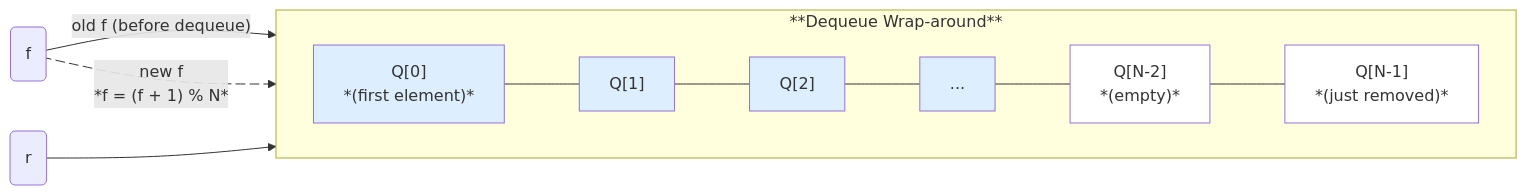
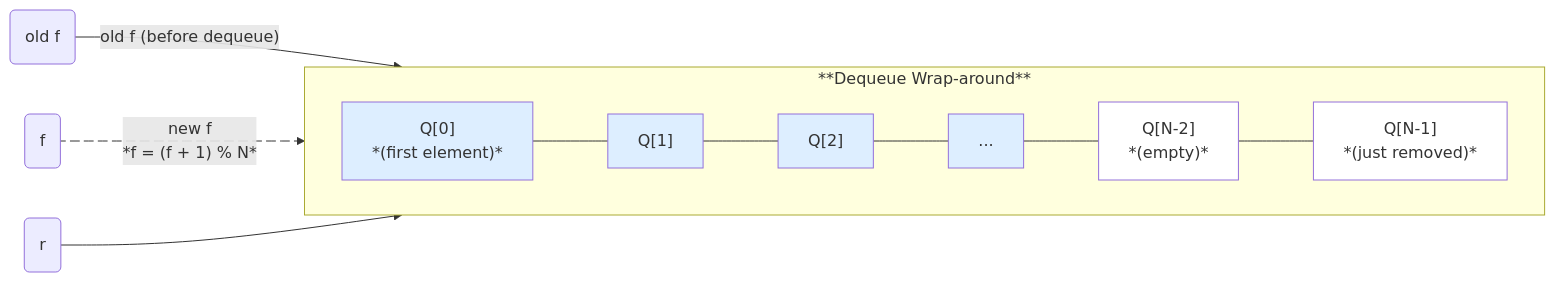
One commit to ruslylove/datastruct changed the fifth of 10 diagrams in lectures/lect-6-Queues.md. Above: the diagram before and after it, drawn with Mermaid. The commit also changed other lines of this file and 2 other files, not shown here.

Commit message:
fixed diagram.

````diff
--- a/lectures/lect-6-Queues.md
+++ b/lectures/lect-6-Queues.md
@@ -251,18 +255,18 @@
 ```mermaid {scale:0.55}
 graph LR
     subgraph "**Dequeue Wrap-around**"
         direction LR
         A["Q[0]<br>*(first element)*"]:::element --- B["Q[1]"]:::element --- C["Q[2]"]:::element --- D["..."]:::element --- E["Q[N-2]<br>*(empty)*"]:::emp --- F["Q[N-1]<br>*(just removed)*"]:::emp
     end
 
-    f("f") -- old f (before dequeue)--> F
-    f e2@-. "new f <br>*f = (f + 1) % N*" .-> A
+    f1("old f") -- old f (before dequeue)--> F
+    f("f") e2@-. "new f <br>*f = (f + 1) % N*" .-> A
     r("r") --> E
 
 
     e2@{ animate : true}
     classDef element fill:#def
     classDef emp fill:white
 
 
 ```
````
